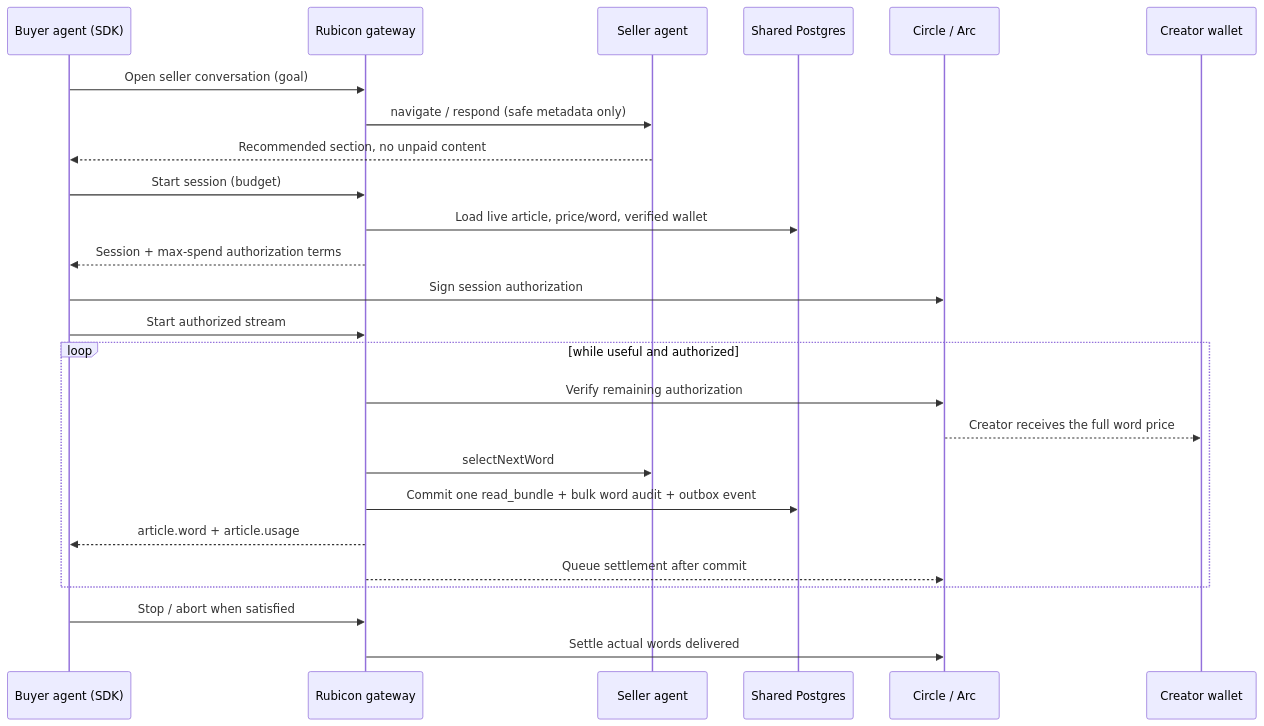
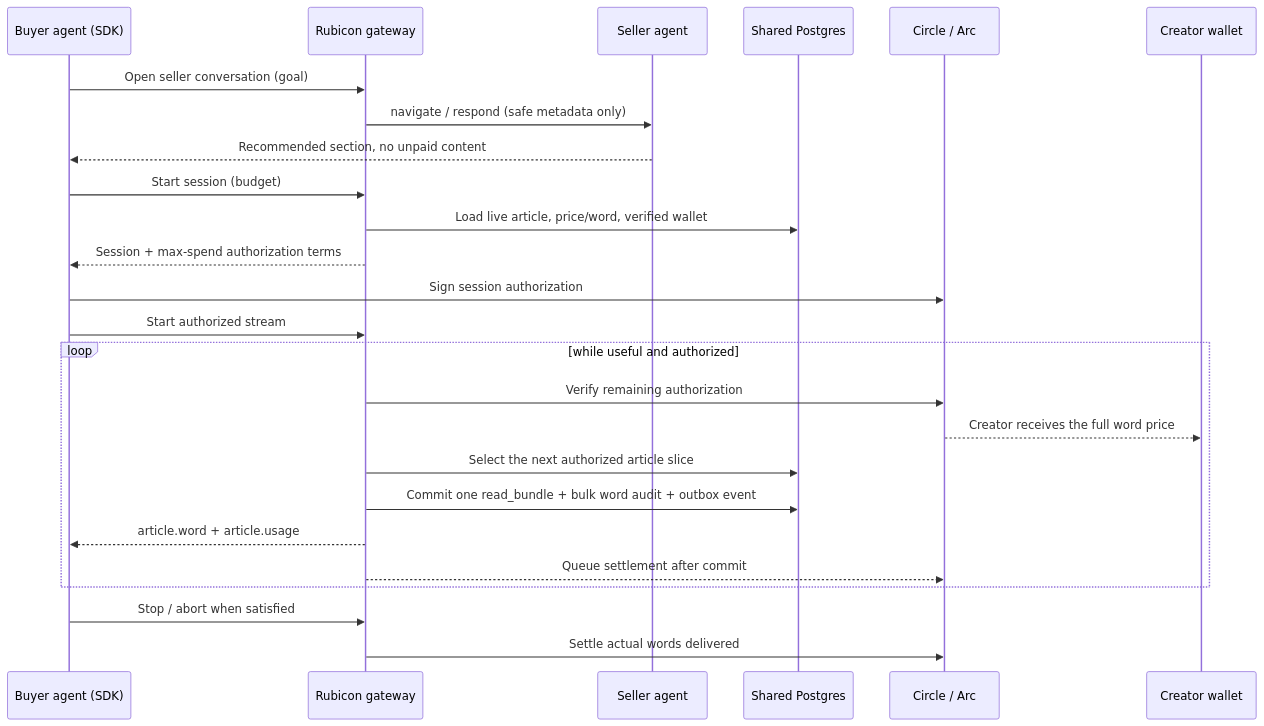
Before and after one commit to michaelzoub/rubicon: the diagram in docs/architecture.md, drawn with Mermaid. The commit also changed other lines of this file and 17 other files, not shown here.

````diff
--- a/docs/architecture.md
+++ b/docs/architecture.md
@@ -16,28 +16,28 @@
 ```mermaid
 sequenceDiagram
   participant B as Buyer agent (SDK)
   participant G as Rubicon gateway
   participant S as Seller agent
   participant D as Shared Postgres
   participant C as Circle / Arc
   participant W as Creator wallet
 
   B->>G: Open seller conversation (goal)
   G->>S: navigate / respond (safe metadata only)
   S-->>B: Recommended section, no unpaid content
   B->>G: Start session (budget)
   G->>D: Load live article, price/word, verified wallet
   G-->>B: Session + max-spend authorization terms
   B->>C: Sign session authorization
   B->>G: Start authorized stream
   loop while useful and authorized
     G->>C: Verify remaining authorization
     C-->>W: Creator receives the full word price
-    G->>S: selectNextWord
+    G->>D: Select the next authorized article slice
     G->>D: Commit one read_bundle + bulk word audit + outbox event
     G-->>B: article.word + article.usage
     G-->>C: Queue settlement after commit
   end
   B->>G: Stop / abort when satisfied
   G->>C: Settle actual words delivered
 ```
````
